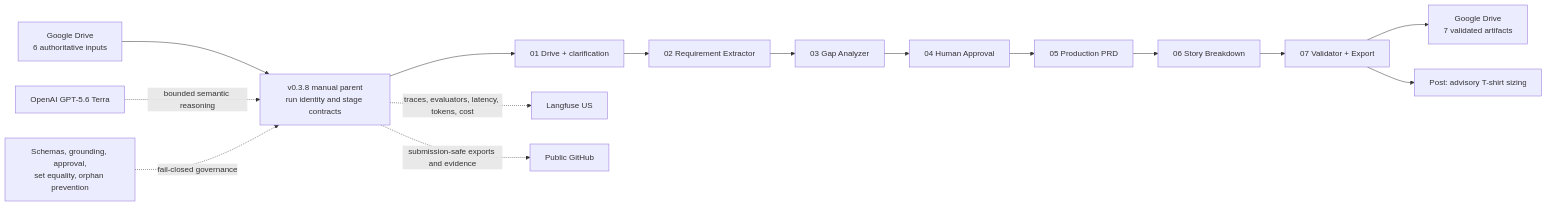
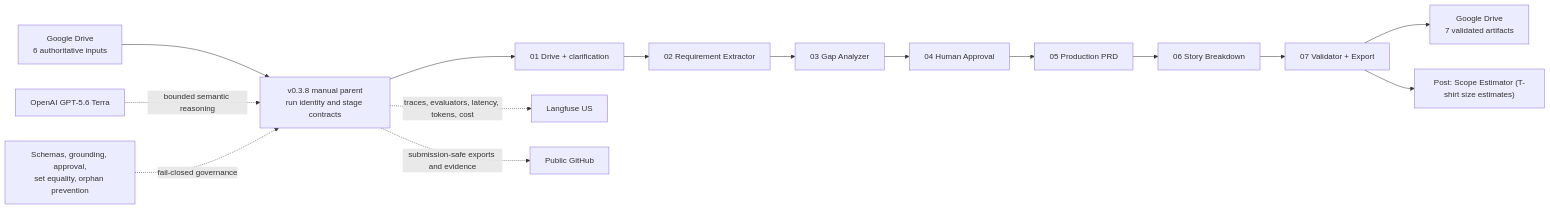
One commit to vppuri-vjra/prd-genie changed the diagram in docs/architecture/ARCHITECTURE_DESIGN.md. Above: the diagram before and after it, drawn with Mermaid. The commit also changed other lines of this file and 7 other files, not shown here.

Commit message:
Align architecture metrics and Scope Estimator terminology

````diff
--- a/docs/architecture/ARCHITECTURE_DESIGN.md
+++ b/docs/architecture/ARCHITECTURE_DESIGN.md
@@ -38,11 +38,11 @@
 ```mermaid
 flowchart LR
     I["Google Drive<br/>6 authoritative inputs"] --> P["v0.3.8 manual parent<br/>run identity and stage contracts"]
     P --> D1["01 Drive + clarification"] --> D2["02 Requirement Extractor"] --> D3["03 Gap Analyzer"] --> D4["04 Human Approval"]
     D4 --> D5["05 Production PRD"] --> D6["06 Story Breakdown"] --> D7["07 Validator + Export"] --> O["Google Drive<br/>7 validated artifacts"]
-    D7 --> S["Post: advisory T-shirt sizing"]
+    D7 --> S["Post: Scope Estimator (T-shirt size estimates)"]
     AI["OpenAI GPT-5.6 Terra"] -. "bounded semantic reasoning" .-> P
     P -. "traces, evaluators, latency, tokens, cost" .-> L["Langfuse US"]
     G["Schemas, grounding, approval,<br/>set equality, orphan prevention"] -. "fail-closed governance" .-> P
     P -. "submission-safe exports and evidence" .-> H["Public GitHub"]
 ```
````
